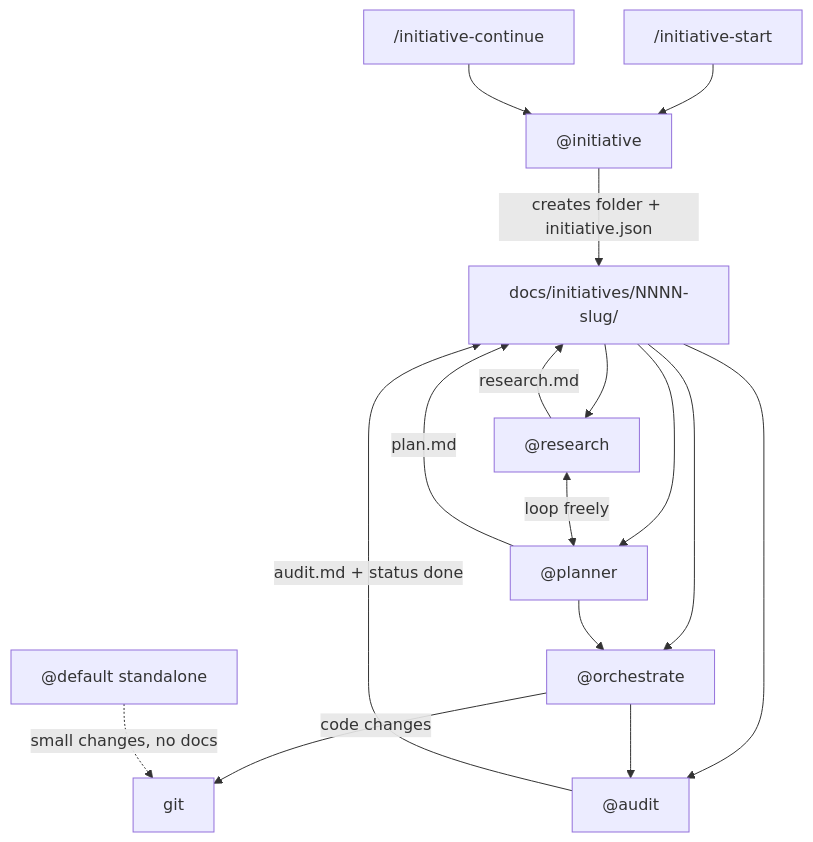
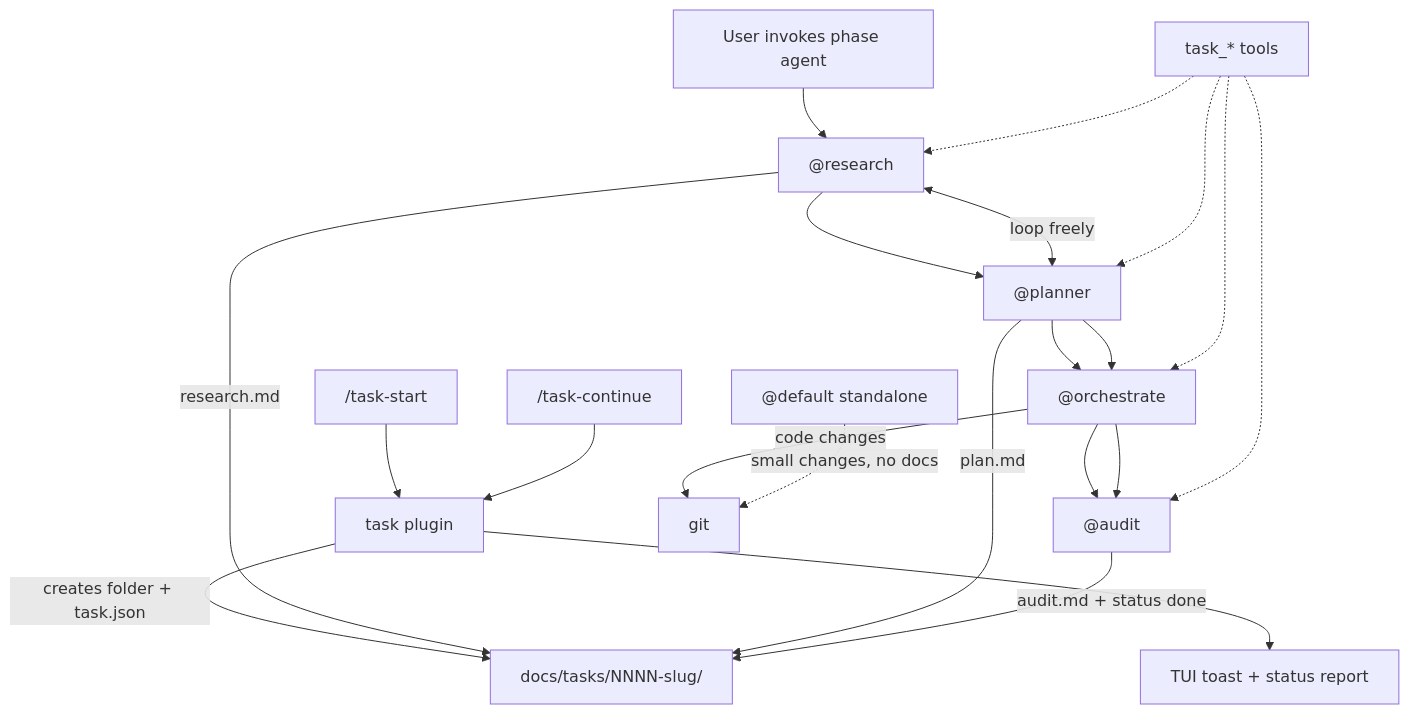
The diagram in apps/opencode/personal/README.md (gdurandvadas/dotfiles), drawn with Mermaid before and after one commit. The commit also changed other lines of this file and 16 other files, not shown here.

Commit message:
refactor: from initiative to task

````diff
--- a/apps/opencode/personal/README.md
+++ b/apps/opencode/personal/README.md
@@ -31,22 +33,28 @@
 ```mermaid
 flowchart TD
-  start["/initiative-start"] --> driver["@initiative"]
-  cont["/initiative-continue"] --> driver
-  driver -->|"creates folder + initiative.json"| folder["docs/initiatives/NNNN-slug/"]
+  start["/task-start"] --> plugin["task plugin"]
+  cont["/task-continue"] --> plugin
+  plugin -->|"creates folder + task.json"| folder["docs/tasks/NNNN-slug/"]
+  plugin --> toast["TUI toast + status report"]
 
-  folder --> research["@research"]
-  folder --> planner["@planner"]
-  folder --> orch["@orchestrate"]
-  folder --> audit["@audit"]
+  user["User invokes phase agent"] --> research["@research"]
+  research --> planner["@planner"]
+  planner --> orch["@orchestrate"]
+  orch --> audit["@audit"]
 
   research -->|"research.md"| folder
   planner -->|"plan.md"| folder
   orch -->|"code changes"| git["git"]
   audit -->|"audit.md + status done"| folder
 
   research <-->|"loop freely"| planner
   planner --> orch
   orch --> audit
 
+  tools["task_* tools"] -.-> research
+  tools -.-> planner
+  tools -.-> orch
+  tools -.-> audit
+
   default["@default standalone"] -.->|"small changes, no docs"| git
 ```
````
